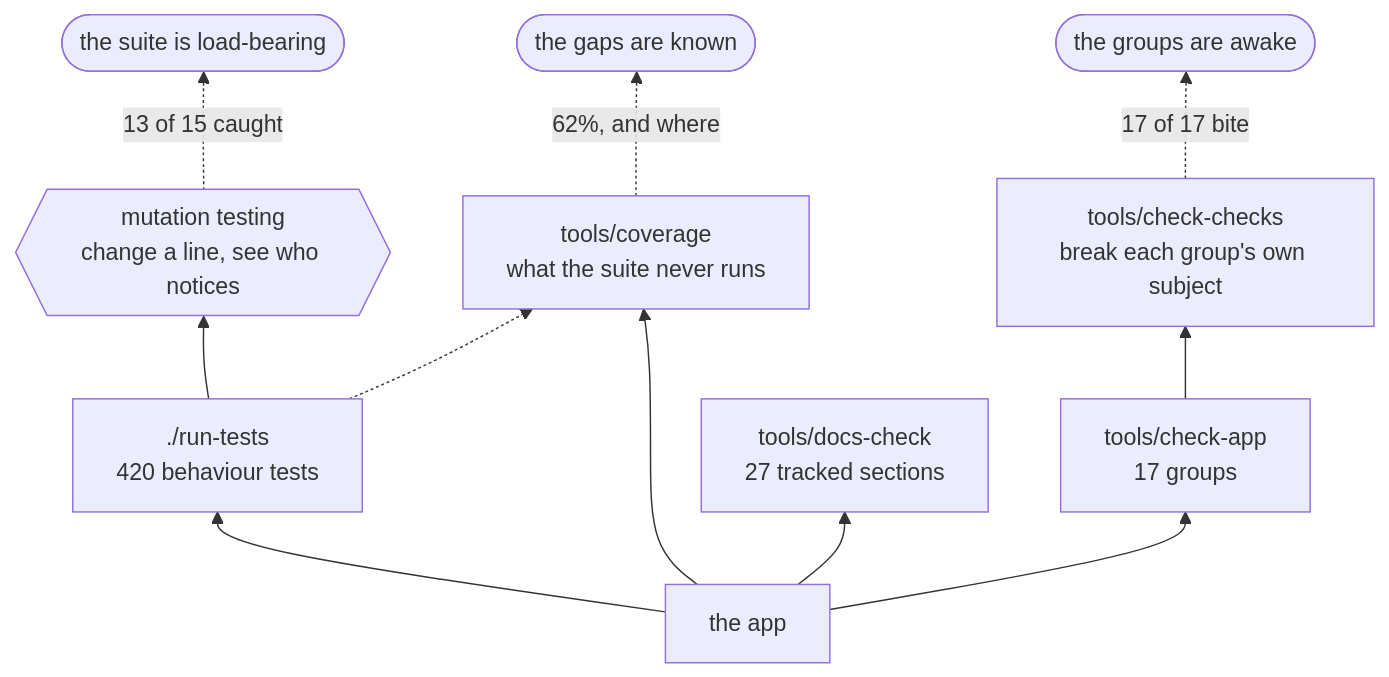
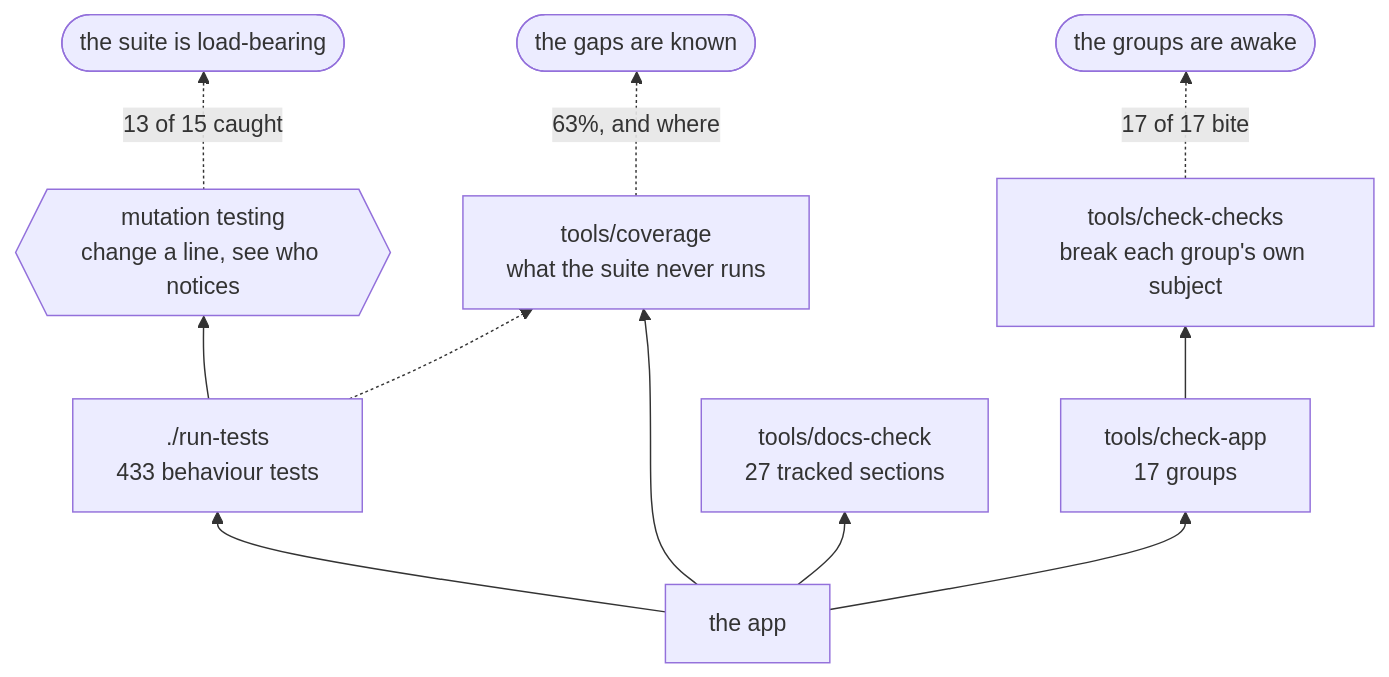
One commit to minormending/crystal-pilot-mobile changed the second of 2 diagrams in docs/DEVELOPING.md. Above: the diagram before and after it, drawn with Mermaid. The commit also changed 3 other files, not shown here.

````diff
--- a/docs/DEVELOPING.md
+++ b/docs/DEVELOPING.md
@@ -118,13 +118,13 @@
 ```mermaid
 flowchart BT
-    C["the app"] --> T["./run-tests<br/>420 behaviour tests"]
+    C["the app"] --> T["./run-tests<br/>433 behaviour tests"]
     C --> A["tools/check-app<br/>17 groups"]
     C --> D["tools/docs-check<br/>27 tracked sections"]
     C --> V["tools/coverage<br/>what the suite never runs"]
     T --> M{{"mutation testing<br/>change a line, see who notices"}}
     A --> K["tools/check-checks<br/>break each group's own subject"]
     T -.-> V
     M -.->|"13 of 15 caught"| R(["the suite is load-bearing"])
     K -.->|"17 of 17 bite"| R2(["the groups are awake"])
-    V -.->|"62%, and where"| R3(["the gaps are known"])
+    V -.->|"63%, and where"| R3(["the gaps are known"])
 ```
````
